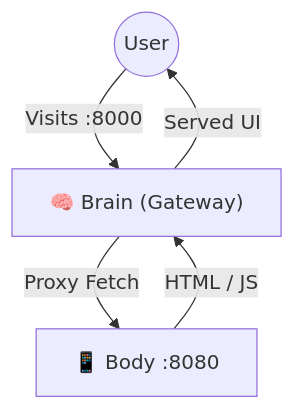
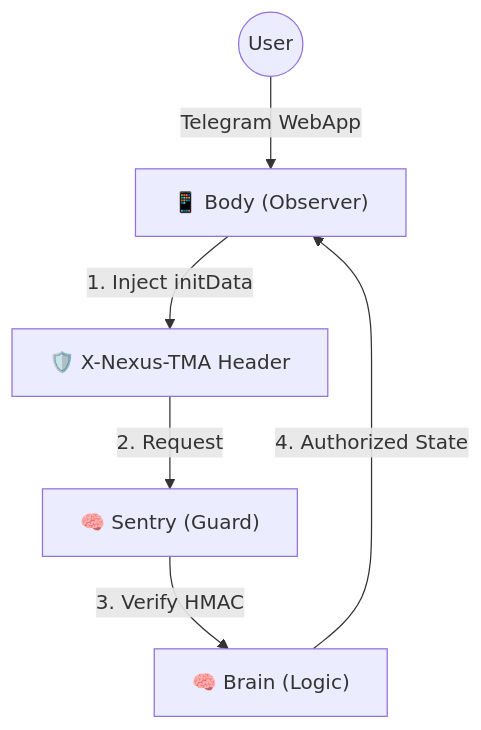
The diagram in client/README.md (arhantbarmate/nexus-core), drawn with Mermaid before and after one commit. The commit also changed other lines of this file and 18 other files, not shown here.

````diff
--- a/client/README.md
+++ b/client/README.md
@@ -29,7 +18,8 @@
 ```mermaid
 graph TD
-    User((User)) -->|Visits :8000| Brain["🧠 Brain (Gateway)"]
-    Brain -->|Proxy Fetch| Body["📱 Body :8080"]
-    Body -->|HTML / JS| Brain
-    Brain -->|Served UI| User
+    User((User)) -->|Telegram WebApp| Body["📱 Body (Observer)"]
+    Body -->|1. Inject initData| Header["🛡️ X-Nexus-TMA Header"]
+    Header -->|2. Request| Sentry["🧠 Sentry (Guard)"]
+    Sentry -->|3. Verify HMAC| Brain["🧠 Brain (Logic)"]
+    Brain -->|4. Authorized State| Body
 ```
````
